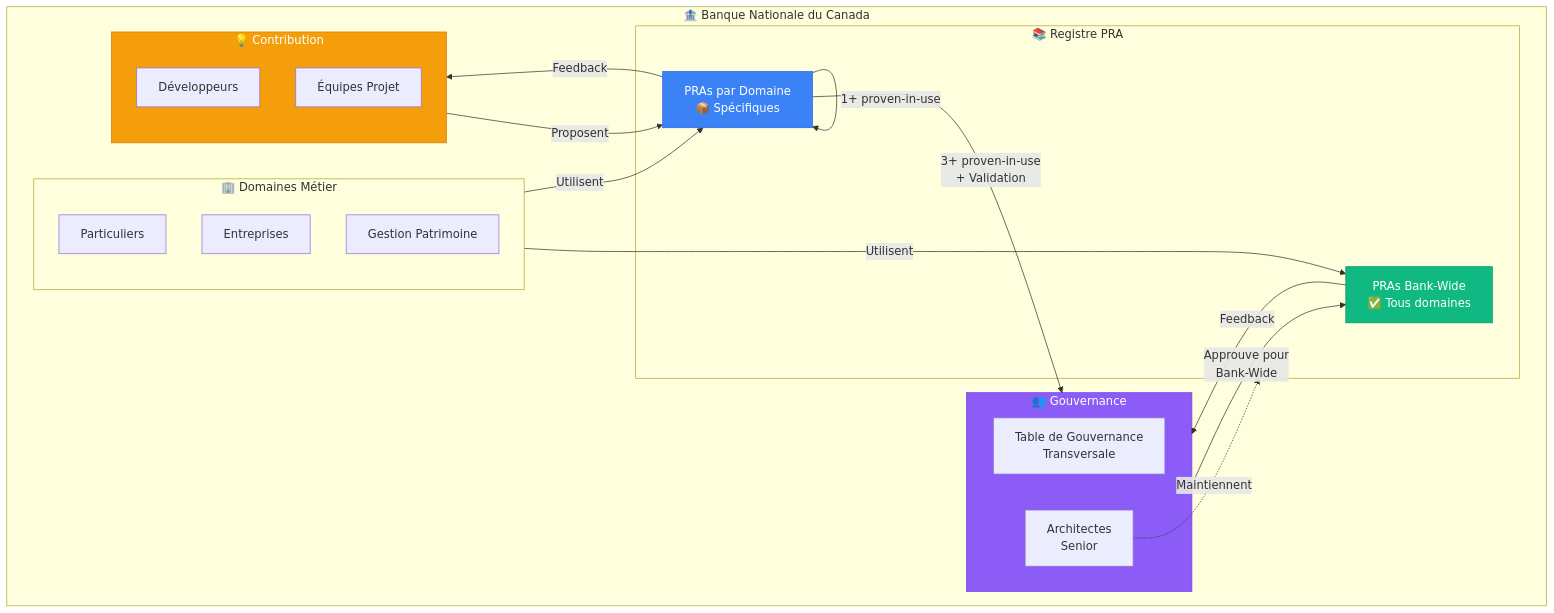
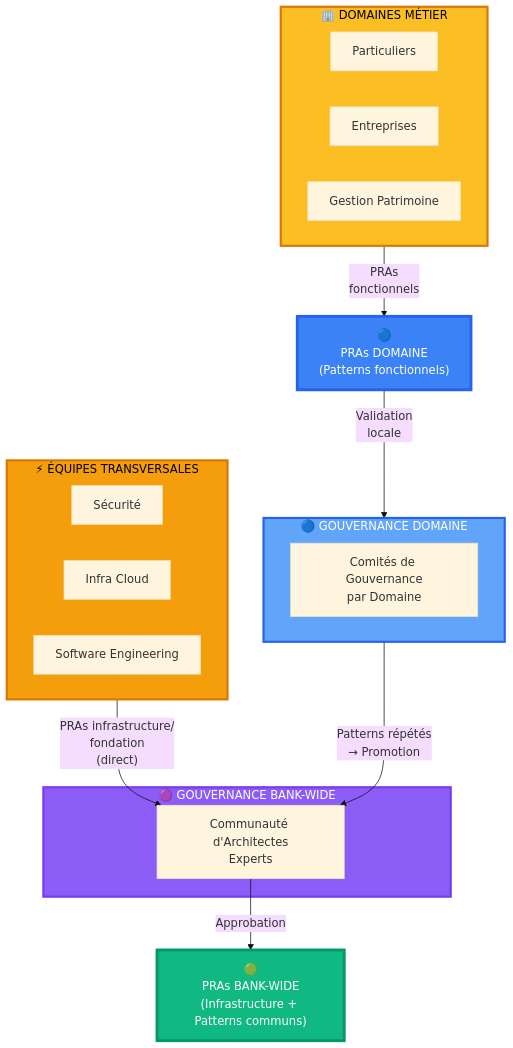
One commit to KiyaliHQ/proven-reusable-architecture changed the first of 2 diagrams in site/content/fr/registre/index.md. Above: the diagram before and after it, drawn with Mermaid. The commit also changed other lines of this file and 1 other file, not shown here.

First line of the commit message:
docs: refactor PRA ecosystem to reflect real organizational structure

````diff
--- a/site/content/fr/registre/index.md
+++ b/site/content/fr/registre/index.md
@@ -18,40 +18,39 @@
 ```mermaid
+%%{init: {'theme':'base', 'themeVariables': { 'fontSize':'16px'}}}%%
 graph TB
-    subgraph BNC["🏦 Banque Nationale du Canada"]
-        subgraph GOV["👥 Gouvernance"]
-            GT[Table de Gouvernance<br/>Transversale]
-            ARCH[Architectes<br/>Senior]
-        end
-
-        subgraph REGISTRY["📚 Registre PRA"]
-            BW[PRAs Bank-Wide<br/>✅ Tous domaines]
-            DOM[PRAs par Domaine<br/>📦 Spécifiques]
-        end
-
-        subgraph DOMAINS["🏢 Domaines Métier"]
-            PART[Particuliers]
-            ENT[Entreprises]
-            GP[Gestion Patrimoine]
-        end
-
-        subgraph CONTRIB["💡 Contribution"]
-            DEV[Développeurs]
-            TEAM[Équipes Projet]
-        end
+    subgraph TRANS["⚡ ÉQUIPES TRANSVERSALES"]
+        SEC["Sécurité"]
+        INFRA["Infra Cloud"]
+        SE["Software Engineering"]
     end
 
-    CONTRIB -->|Proposent| DOM
-    DOM -->|1+ proven-in-use| DOM
-    DOM -->|3+ proven-in-use<br/>+ Validation| GOV
-    GOV -->|Approuve pour<br/>Bank-Wide| BW
-    DOMAINS -->|Utilisent| BW
-    DOMAINS -->|Utilisent| DOM
-    BW -->|Feedback| GOV
-    DOM -->|Feedback| CONTRIB
-    ARCH -.->|Maintiennent| REGISTRY
+    subgraph DOMAINS["🏢 DOMAINES MÉTIER"]
+        PART["Particuliers"]
+        ENT["Entreprises"]
+        GP["Gestion Patrimoine"]
+    end
 
-    style BW fill:#10b981,stroke:#059669,color:#fff
-    style DOM fill:#3b82f6,stroke:#2563eb,color:#fff
-    style GOV fill:#8b5cf6,stroke:#7c3aed,color:#fff
-    style CONTRIB fill:#f59e0b,stroke:#d97706,color:#fff
+    subgraph GOV_DOM["🔵 GOUVERNANCE DOMAINE"]
+        GOVD["Comités de Gouvernance<br/>par Domaine"]
+    end
+
+    subgraph GOV_BW["🟣 GOUVERNANCE BANK-WIDE"]
+        GOVB["Communauté d'Architectes<br/>Experts"]
+    end
+
+    DOM["🔵<br/>PRAs DOMAINE<br/>(Patterns fonctionnels)"]
+    BW["🟢<br/>PRAs BANK-WIDE<br/>(Infrastructure + Patterns communs)"]
+
+    TRANS -->|"PRAs infrastructure/<br/>fondation<br/>(direct)"| GOVB
+    DOMAINS -->|"PRAs<br/>fonctionnels"| DOM
+    DOM -->|"Validation<br/>locale"| GOV_DOM
+    GOV_DOM -->|"Patterns répétés<br/>→ Promotion"| GOVB
+    GOVB -->|"Approbation"| BW
+
+    style BW fill:#10b981,stroke:#059669,stroke-width:4px,color:#fff
+    style DOM fill:#3b82f6,stroke:#2563eb,stroke-width:4px,color:#fff
+    style GOV_BW fill:#8b5cf6,stroke:#7c3aed,stroke-width:3px,color:#fff
+    style GOV_DOM fill:#60a5fa,stroke:#2563eb,stroke-width:3px,color:#fff
+    style TRANS fill:#f59e0b,stroke:#d97706,stroke-width:3px,color:#000
+    style DOMAINS fill:#fbbf24,stroke:#d97706,stroke-width:3px,color:#000
 ```
````
